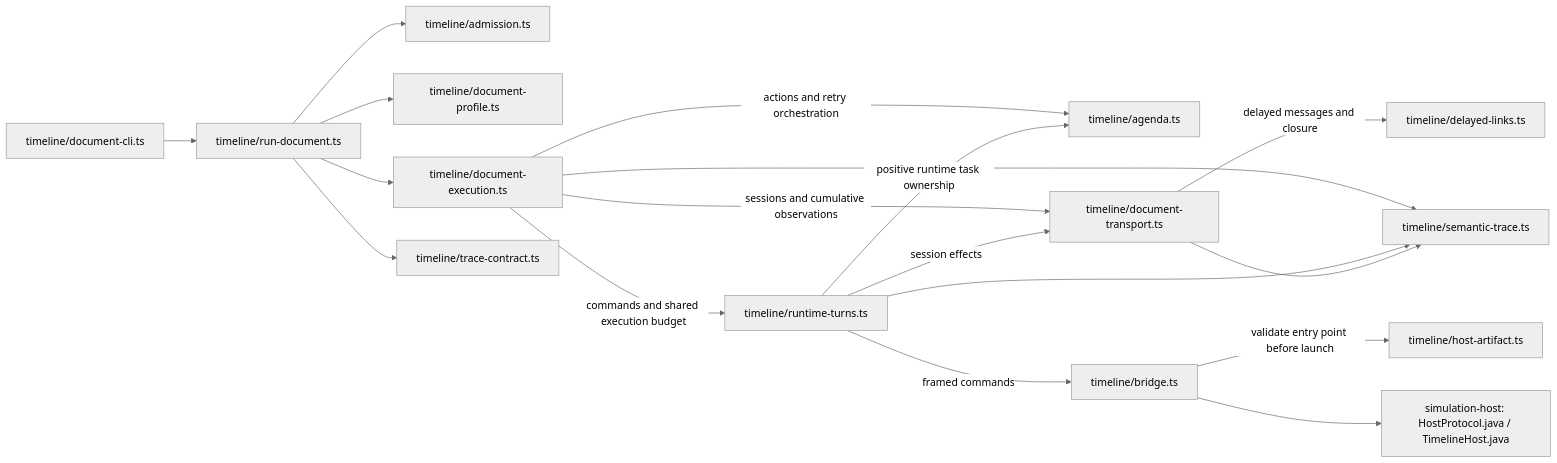
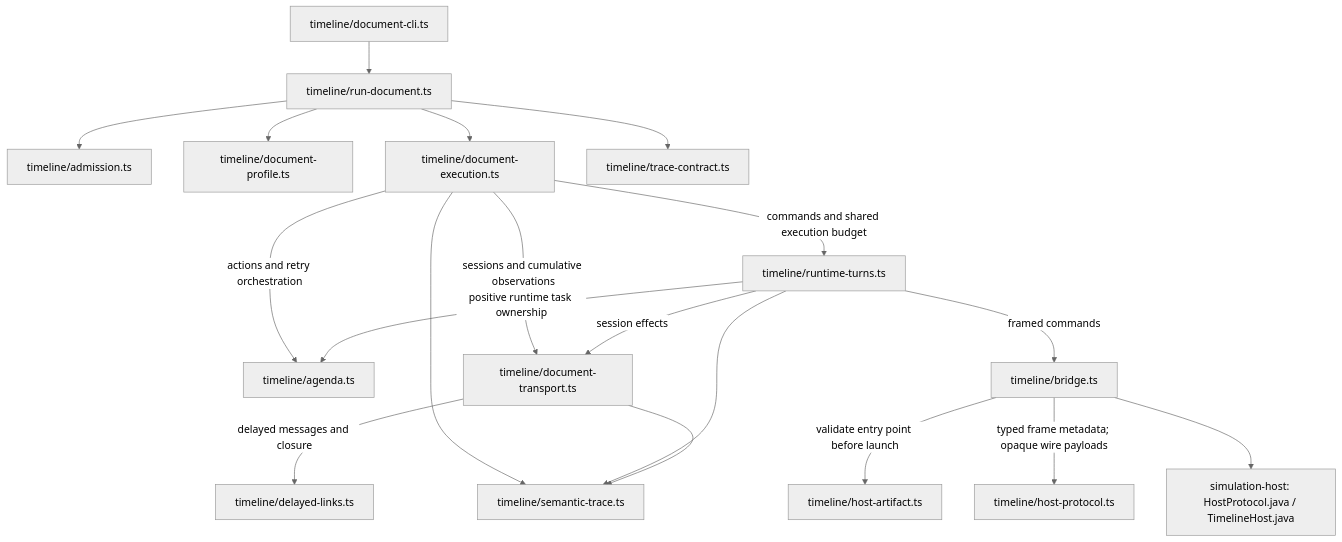
Before and after one commit to sproates/zooglass: diagram 15 of 23 in workbench/docs/source-map.md, drawn with Mermaid (neutral theme). The commit also changed other lines of this file and 26 other files, not shown here.

Commit message:
Strengthen timeline ownership, protocol boundaries and evidence flow

````diff
--- a/workbench/docs/source-map.md
+++ b/workbench/docs/source-map.md
@@ -509,20 +516,21 @@
 ```mermaid
-flowchart LR
+flowchart TB
   cli["timeline/document-cli.ts"] --> run["timeline/run-document.ts"]
   run --> admission["timeline/admission.ts"]
   run --> profile["timeline/document-profile.ts"]
   run --> execution["timeline/document-execution.ts"]
   execution -->|actions and retry orchestration| agenda["timeline/agenda.ts"]
   execution -->|commands and shared execution budget| turns["timeline/runtime-turns.ts"]
   execution -->|sessions and cumulative observations| transport["timeline/document-transport.ts"]
   turns -->|session effects| transport
   turns -->|positive runtime task ownership| agenda
   turns -->|framed commands| bridge["timeline/bridge.ts"]
   transport -->|delayed messages and closure| links["timeline/delayed-links.ts"]
   execution --> trace["timeline/semantic-trace.ts"]
   turns --> trace
   transport --> trace
   run --> validation["timeline/trace-contract.ts"]
   bridge -->|validate entry point before launch| artifact["timeline/host-artifact.ts"]
+  bridge -->|typed frame metadata; opaque wire payloads| protocol["timeline/host-protocol.ts"]
   bridge --> host["simulation-host: HostProtocol.java / TimelineHost.java"]
 ```
````
